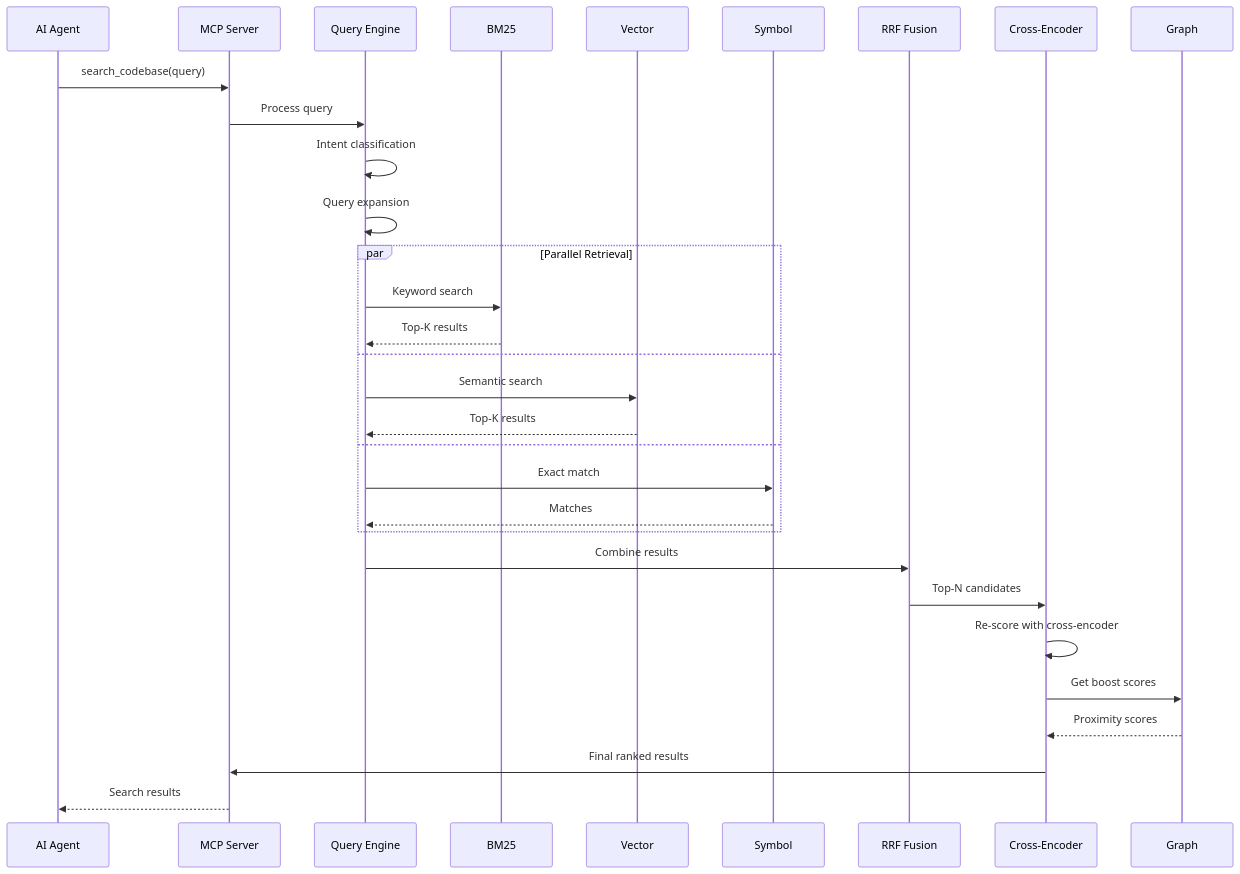
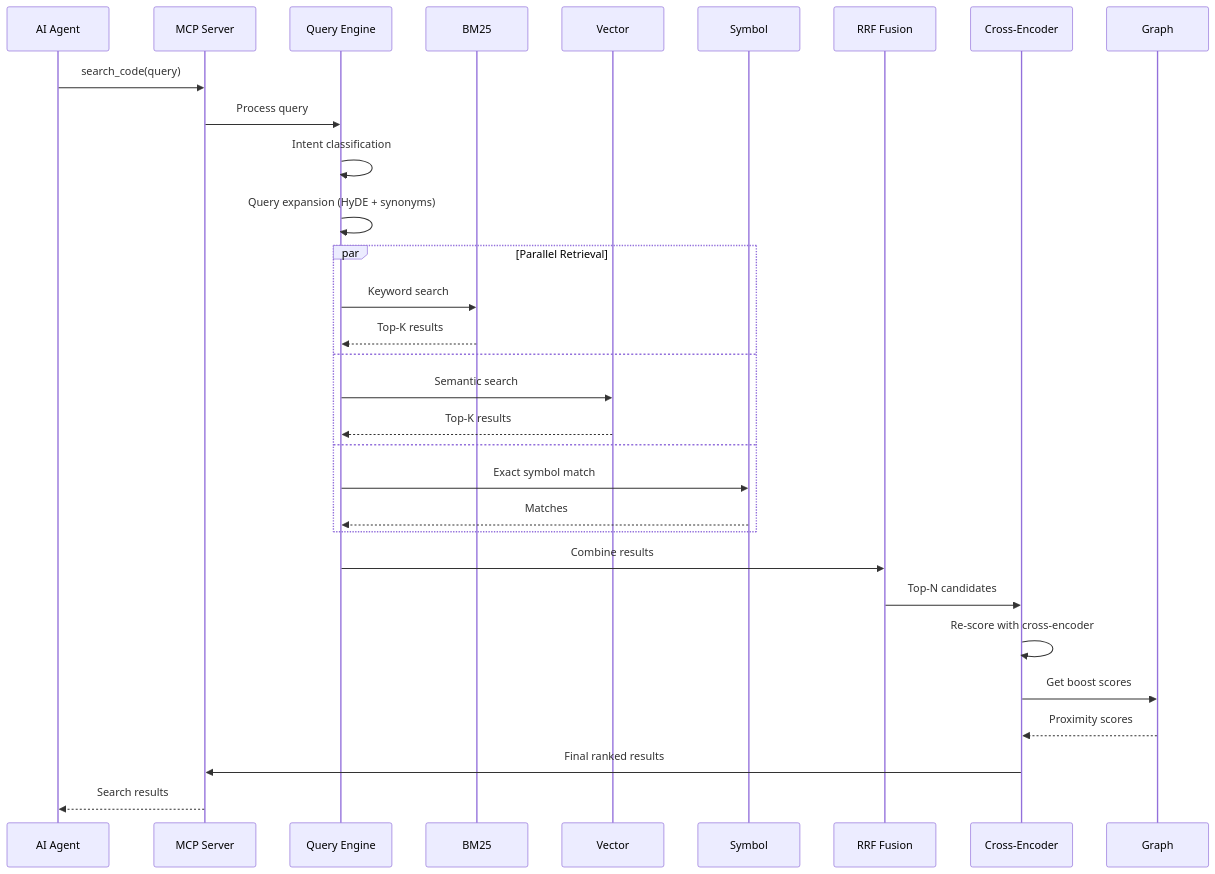
The third of 13 diagrams in website/docs/architecture.md (steeltroops-ai/omnicontext), drawn with Mermaid before and after one commit. The commit also changed other lines of this file and 71 other files, not shown here.

````diff
--- a/website/docs/architecture.md
+++ b/website/docs/architecture.md
@@ -116,37 +124,37 @@
 ```mermaid
 sequenceDiagram
     participant Agent as AI Agent
     participant MCP as MCP Server
     participant Query as Query Engine
     participant BM25
     participant Vector
     participant Symbol
     participant RRF as RRF Fusion
     participant Rerank as Cross-Encoder
     participant Graph
-    
-    Agent->>MCP: search_codebase(query)
+
+    Agent->>MCP: search_code(query)
     MCP->>Query: Process query
-    
+
     Query->>Query: Intent classification
-    Query->>Query: Query expansion
-    
+    Query->>Query: Query expansion (HyDE + synonyms)
+
     par Parallel Retrieval
         Query->>BM25: Keyword search
         BM25-->>Query: Top-K results
     and
         Query->>Vector: Semantic search
         Vector-->>Query: Top-K results
     and
-        Query->>Symbol: Exact match
+        Query->>Symbol: Exact symbol match
         Symbol-->>Query: Matches
     end
-    
+
     Query->>RRF: Combine results
     RRF->>Rerank: Top-N candidates
     Rerank->>Rerank: Re-score with cross-encoder
     Rerank->>Graph: Get boost scores
     Graph-->>Rerank: Proximity scores
     Rerank->>MCP: Final ranked results
     MCP-->>Agent: Search results
 ```
````
